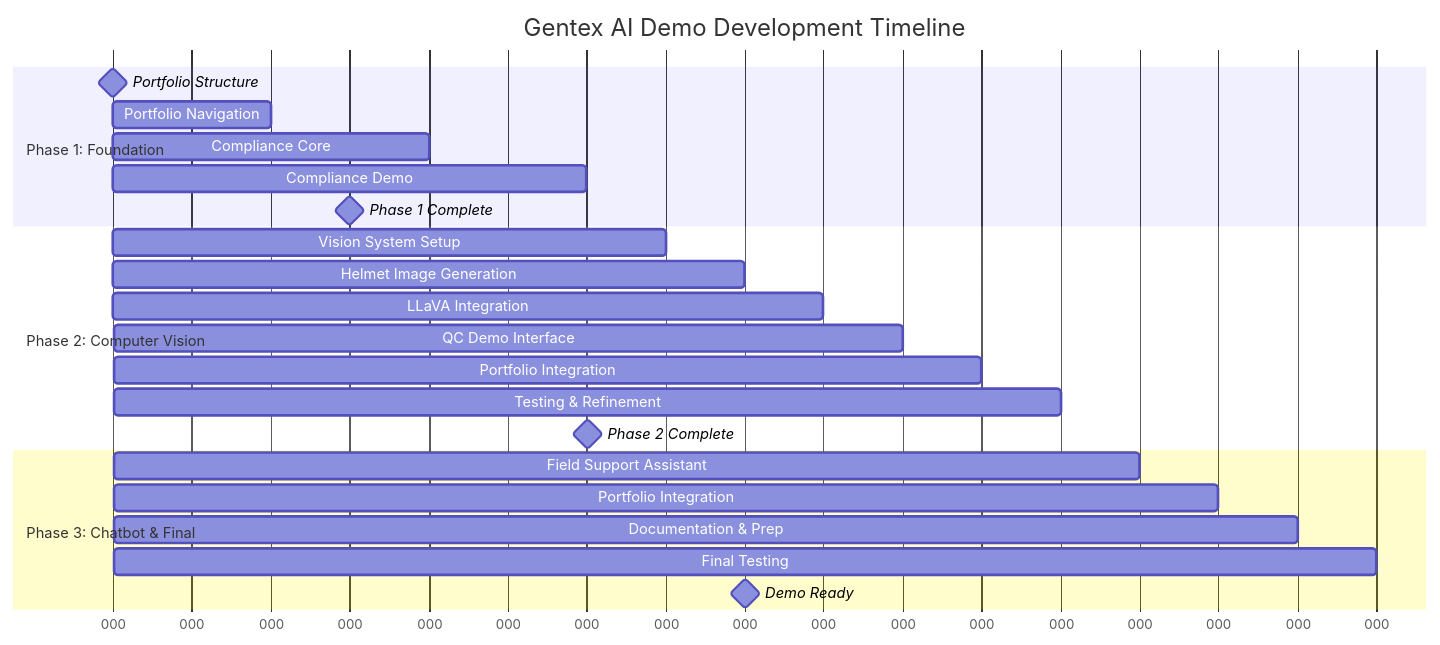
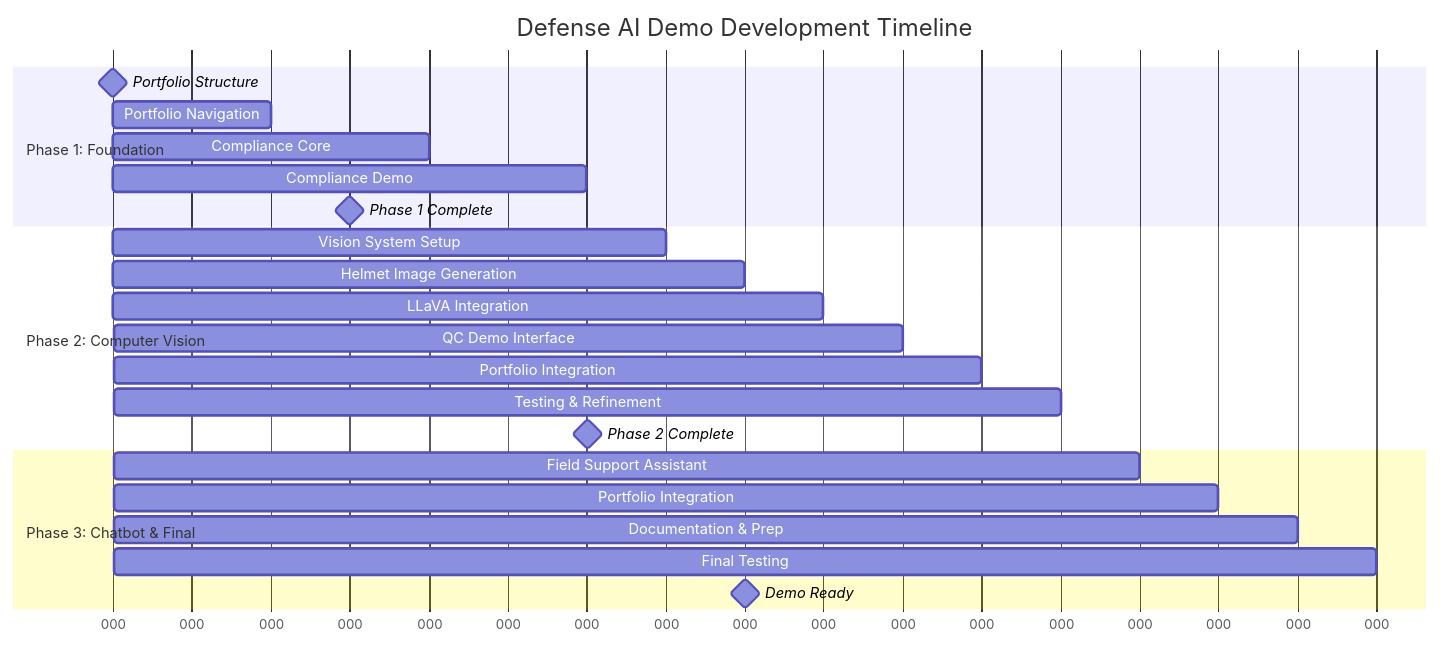
Before and after one commit to michaeloboyle/ai-demos: the fifth of 6 diagrams in docs/gentex-ai-demo-specification.md, drawn with Mermaid. The commit also changed other lines of this file, not shown here.

````diff
--- a/docs/gentex-ai-demo-specification.md
+++ b/docs/gentex-ai-demo-specification.md
@@ -537,29 +537,29 @@
 ```mermaid
 gantt
-    title Gentex AI Demo Development Timeline
+    title Defense AI Demo Development Timeline
     dateFormat  X
     axisFormat  %L
 
     section Phase 1: Foundation
     Portfolio Structure         :milestone, m1, 0, 0
     Portfolio Navigation        :p1, 0, 2
     Compliance Core             :p2, 2, 4
     Compliance Demo             :p3, 4, 6
     Phase 1 Complete           :milestone, m2, 6, 6
 
     section Phase 2: Computer Vision
     Vision System Setup         :cv1, 6, 7
     Helmet Image Generation     :cv2, 7, 8
     LLaVA Integration          :cv3, 8, 9
     QC Demo Interface          :cv4, 9, 10
     Portfolio Integration      :cv5, 10, 11
     Testing & Refinement       :cv6, 11, 12
     Phase 2 Complete           :milestone, m3, 12, 12
 
     section Phase 3: Chatbot & Final
     Field Support Assistant     :fs1, 12, 13
     Portfolio Integration      :fs2, 13, 14
     Documentation & Prep       :fs3, 14, 15
     Final Testing              :fs4, 15, 16
     Demo Ready                 :milestone, m4, 16, 16
 ```
````
